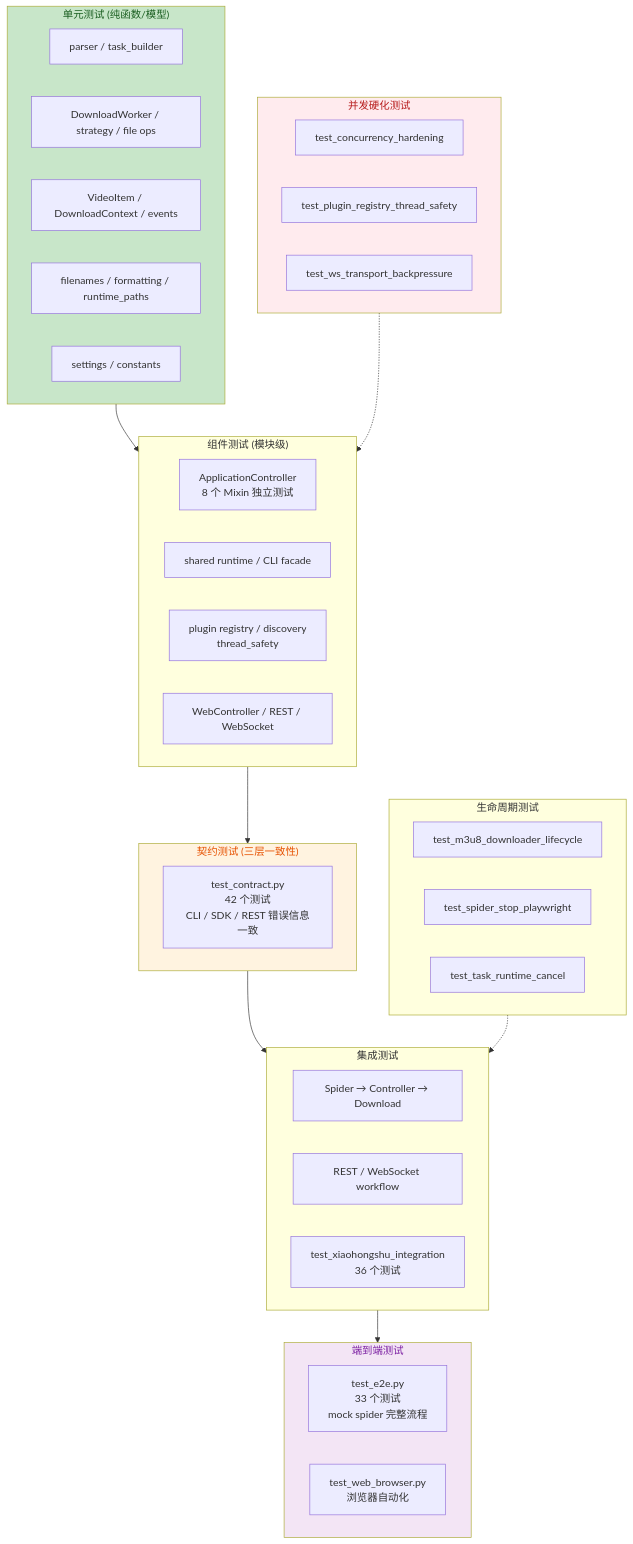
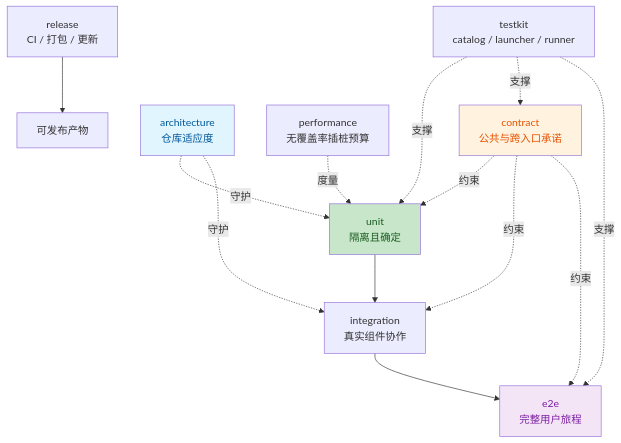
One commit to haohaizi554/UniversalCrawler changed the second of 6 diagrams in mermaid/09-testing-and-quality.md. Above: the diagram before and after it, drawn with Mermaid. The commit also changed other lines of this file and 274 other files, not shown here.

````diff
--- a/mermaid/09-testing-and-quality.md
+++ b/mermaid/09-testing-and-quality.md
@@ -19,56 +21,19 @@
 ```mermaid
 flowchart TB
-    subgraph Unit["单元测试 (纯函数/模型)"]
-        Parser["parser / task_builder"]
-        Worker["DownloadWorker / strategy / file ops"]
-        Models["VideoItem / DownloadContext / events"]
-        Utils["filenames / formatting / runtime_paths"]
-        Config["settings / constants"]
-    end
-
-    subgraph Component["组件测试 (模块级)"]
-        Controller["ApplicationController<br/>8 个 Mixin 独立测试"]
-        Runtime["shared runtime / CLI facade"]
-        Plugins["plugin registry / discovery<br/>thread_safety"]
-        WebCtrl["WebController / REST / WebSocket"]
-    end
-
-    subgraph Contract["契约测试 (三层一致性)"]
-        ThreeLayer["test_contract.py<br/>42 个测试<br/>CLI / SDK / REST 错误信息一致"]
-    end
-
-    subgraph Integration["集成测试"]
-        Chains["Spider → Controller → Download"]
-        Web["REST / WebSocket workflow"]
-        XHS["test_xiaohongshu_integration<br/>36 个测试"]
-    end
-
-    subgraph E2E["端到端测试"]
-        E2ETest["test_e2e.py<br/>33 个测试<br/>mock spider 完整流程"]
-        Browser["test_web_browser.py<br/>浏览器自动化"]
-    end
-
-    subgraph Hardening["并发硬化测试"]
-        Concurrency["test_concurrency_hardening"]
-        ThreadSafe["test_plugin_registry_thread_safety"]
-        Backpressure["test_ws_transport_backpressure"]
-    end
-
-    subgraph Lifecycle["生命周期测试"]
-        M3U8["test_m3u8_downloader_lifecycle"]
-        StopPlaywright["test_spider_stop_playwright"]
-        Cancel["test_task_runtime_cancel"]
-    end
-
-    Unit --> Component
-    Component --> Contract
-    Contract --> Integration
-    Integration --> E2E
-    Hardening -.-> Component
-    Lifecycle -.-> Integration
+    Unit["unit<br/>隔离且确定"] --> Integration["integration<br/>真实组件协作"] --> E2E["e2e<br/>完整用户旅程"]
+    Contract["contract<br/>公共与跨入口承诺"] -.约束.-> Unit
+    Contract -.约束.-> Integration
+    Contract -.约束.-> E2E
+    Architecture["architecture<br/>仓库适应度"] -.守护.-> Unit
+    Architecture -.守护.-> Integration
+    Performance["performance<br/>无覆盖率插桩预算"] -.度量.-> Unit
+    Release["release<br/>CI / 打包 / 更新"] --> Delivery["可发布产物"]
+    Testkit["testkit<br/>catalog / launcher / runner"] -.支撑.-> Unit
+    Testkit -.支撑.-> Contract
+    Testkit -.支撑.-> E2E
 
     style Unit fill:#c8e6c9,color:#1a5e20
     style Contract fill:#fff3e0,color:#e65100
     style E2E fill:#f3e5f5,color:#7b1fa2
-    style Hardening fill:#ffebee,color:#b71c1c
+    style Architecture fill:#e1f5fe,color:#01579b
 ```
````
